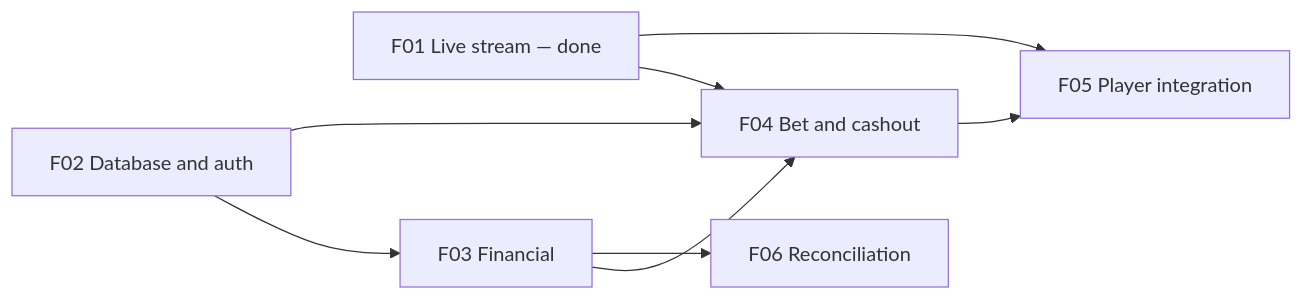
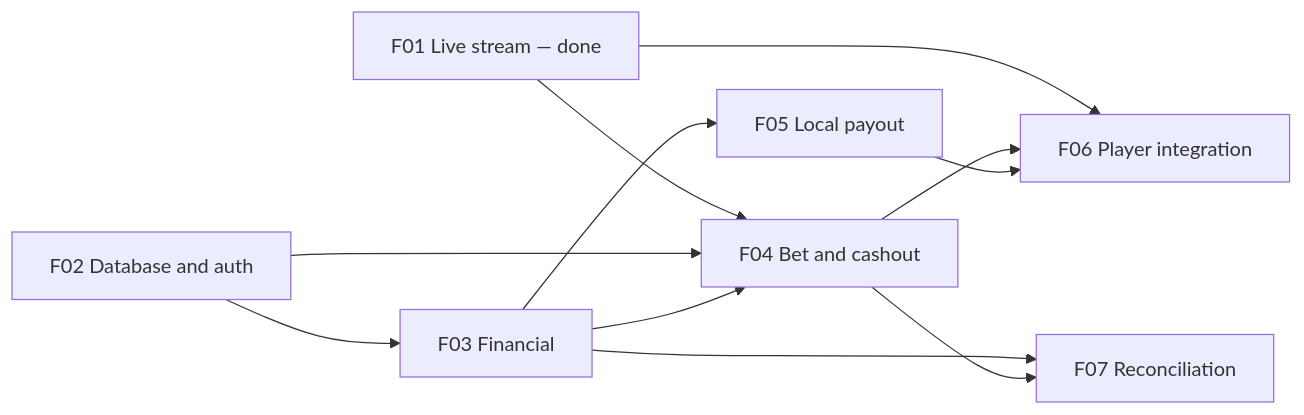
One commit to sergiobanhos/highstack-fullstack-assessment changed the diagram in .ai/sdd/PLAN.md. Above: the diagram before and after it, drawn with Mermaid. The commit also changed other lines of this file and 1 other file, not shown here.

Commit message:
docs(sdd): add local payout to roadmap

````diff
--- a/.ai/sdd/PLAN.md
+++ b/.ai/sdd/PLAN.md
@@ -59,10 +60,13 @@
 ```mermaid
 flowchart LR
     F01[F01 Live stream — done] --> F04[F04 Bet and cashout]
-    F01 --> F05[F05 Player integration]
+    F01 --> F06[F06 Player integration]
     F02[F02 Database and auth] --> F03[F03 Financial]
     F02 --> F04
     F03 --> F04
-    F04 --> F05
-    F03 --> F06[F06 Reconciliation]
+    F03 --> F05[F05 Local payout]
+    F04 --> F06
+    F05 --> F06
+    F03 --> F07[F07 Reconciliation]
+    F04 --> F07
 ```
````
